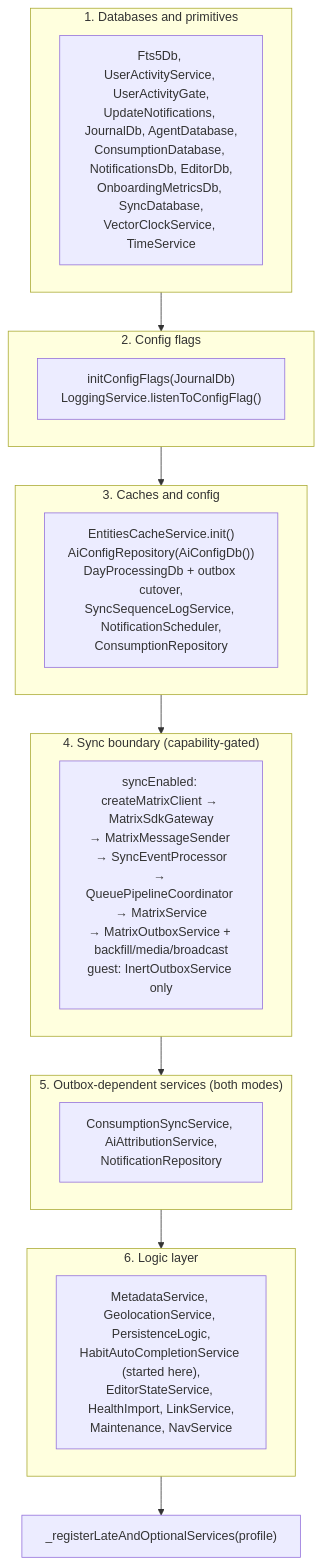
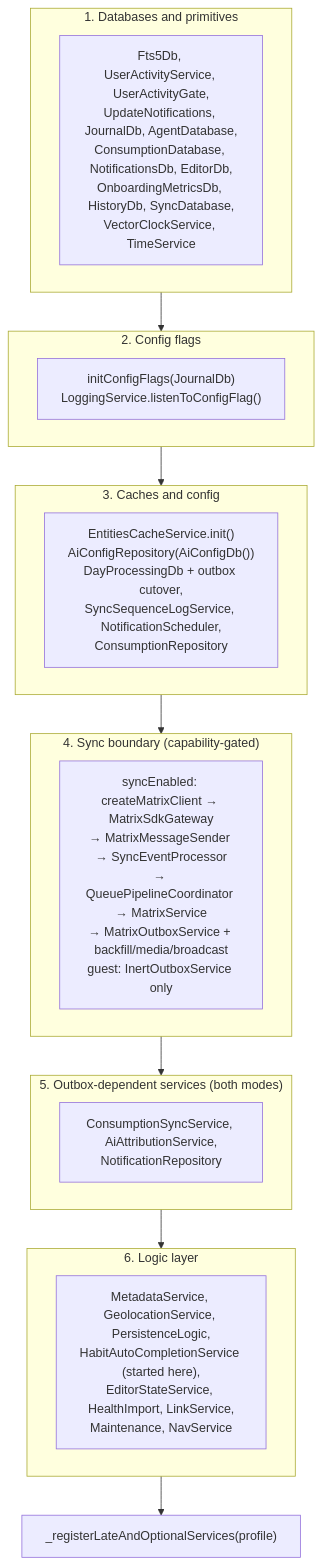
Before and after one commit to matthiasn/lotti: the second of 3 diagrams in knowledge/architecture/bootstrap-and-di.md, drawn with Mermaid. The commit also changed 86 other files, not shown here.

Commit message:
feat(history): history of opened entities with live-title search and time filters (#4855)

````diff
--- a/knowledge/architecture/bootstrap-and-di.md
+++ b/knowledge/architecture/bootstrap-and-di.md
@@ -192,23 +192,23 @@
 ```mermaid
 flowchart TD
   subgraph Phase1["1. Databases and primitives"]
-    P1["Fts5Db, UserActivityService, UserActivityGate,<br/>UpdateNotifications, JournalDb, AgentDatabase,<br/>ConsumptionDatabase, NotificationsDb, EditorDb,<br/>OnboardingMetricsDb, SyncDatabase,<br/>VectorClockService, TimeService"]
+    P1["Fts5Db, UserActivityService, UserActivityGate,<br/>UpdateNotifications, JournalDb, AgentDatabase,<br/>ConsumptionDatabase, NotificationsDb, EditorDb,<br/>OnboardingMetricsDb, HistoryDb, SyncDatabase,<br/>VectorClockService, TimeService"]
   end
   subgraph Phase2["2. Config flags"]
     P2["initConfigFlags(JournalDb)<br/>LoggingService.listenToConfigFlag()"]
   end
   subgraph Phase3["3. Caches and config"]
     P3["EntitiesCacheService.init()<br/>AiConfigRepository(AiConfigDb())<br/>DayProcessingDb + outbox cutover,<br/>SyncSequenceLogService, NotificationScheduler,<br/>ConsumptionRepository"]
   end
   subgraph Phase4["4. Sync boundary (capability-gated)"]
     P4["syncEnabled: createMatrixClient → MatrixSdkGateway<br/>→ MatrixMessageSender → SyncEventProcessor<br/>→ QueuePipelineCoordinator → MatrixService<br/>→ MatrixOutboxService + backfill/media/broadcast<br/>guest: InertOutboxService only"]
   end
   subgraph Phase5["5. Outbox-dependent services (both modes)"]
     P5["ConsumptionSyncService, AiAttributionService,<br/>NotificationRepository"]
   end
   subgraph Phase6["6. Logic layer"]
     P6["MetadataService, GeolocationService, PersistenceLogic,<br/>HabitAutoCompletionService (started here),<br/>EditorStateService, HealthImport, LinkService,<br/>Maintenance, NavService"]
   end
   Phase1 --> Phase2 --> Phase3 --> Phase4 --> Phase5 --> Phase6
   Phase6 --> Late["_registerLateAndOptionalServices(profile)"]
 ```
````
